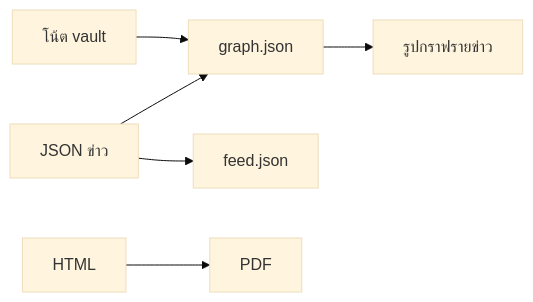
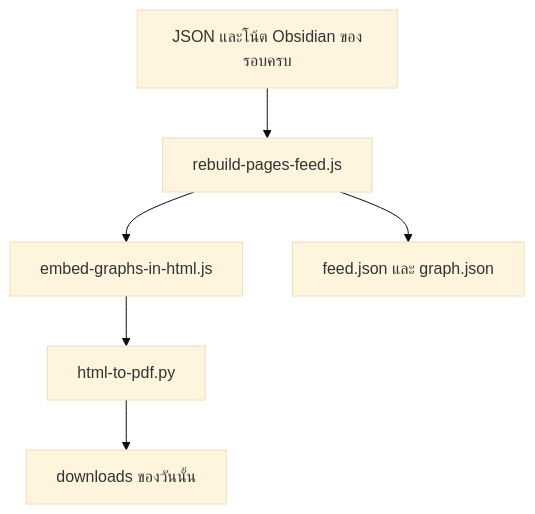
Before and after one commit to chiraleo2000/Police-news-intel-kit: diagram 11 of 13 in README.md, drawn with Mermaid (base theme). The commit also changed other lines of this file and 3 other files, not shown here.

Commit message:
Document system structure with Mermaid and harden LINE webhook export.

````diff
--- a/README.md
+++ b/README.md
@@ -75,8 +256,8 @@
 ```mermaid
-flowchart LR
-  V[โน้ต vault] --> G[graph.json]
-  J[JSON ข่าว] --> G
-  J --> F[feed.json]
-  G --> SVG[รูปกราฟรายข่าว]
-  H[HTML] --> PDF[PDF]
+flowchart TD
+  A[JSON และโน้ต Obsidian ของรอบครบ] --> B[rebuild-pages-feed.js]
+  B --> C[embed-graphs-in-html.js]
+  C --> D[html-to-pdf.py]
+  B --> F[feed.json และ graph.json]
+  D --> E[downloads ของวันนั้น]
 ```
````
